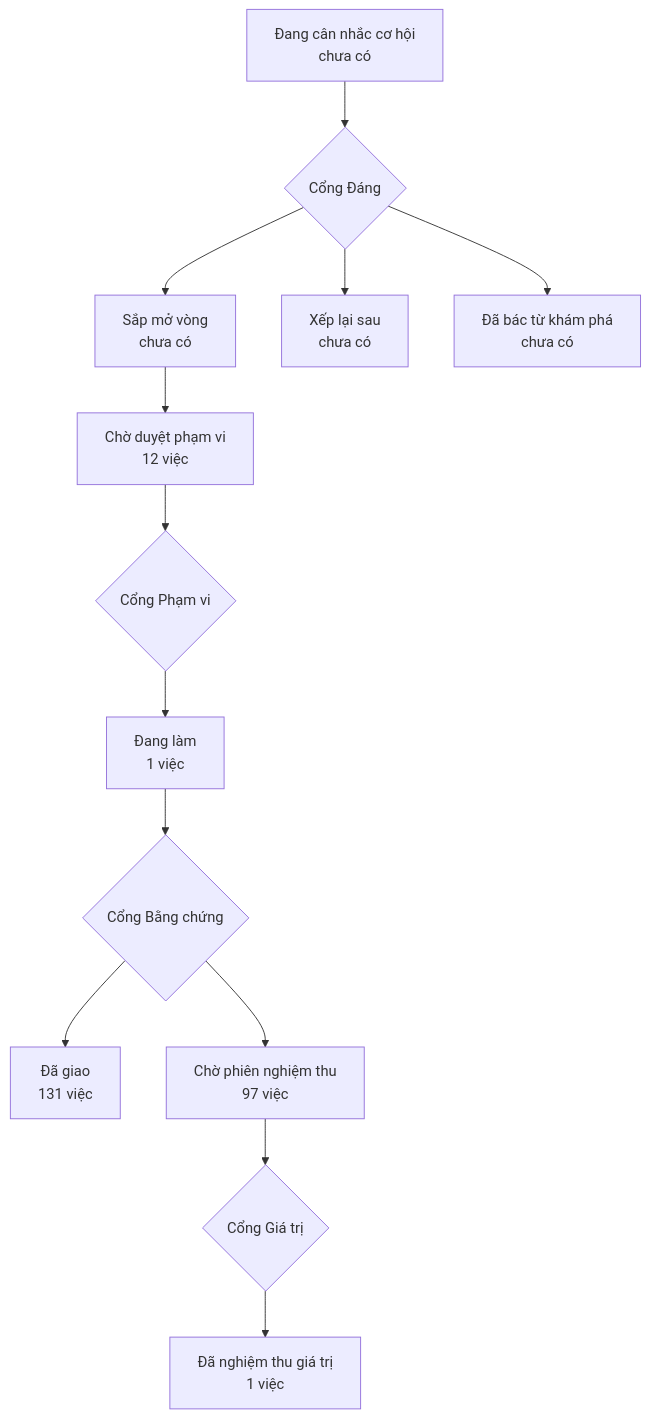
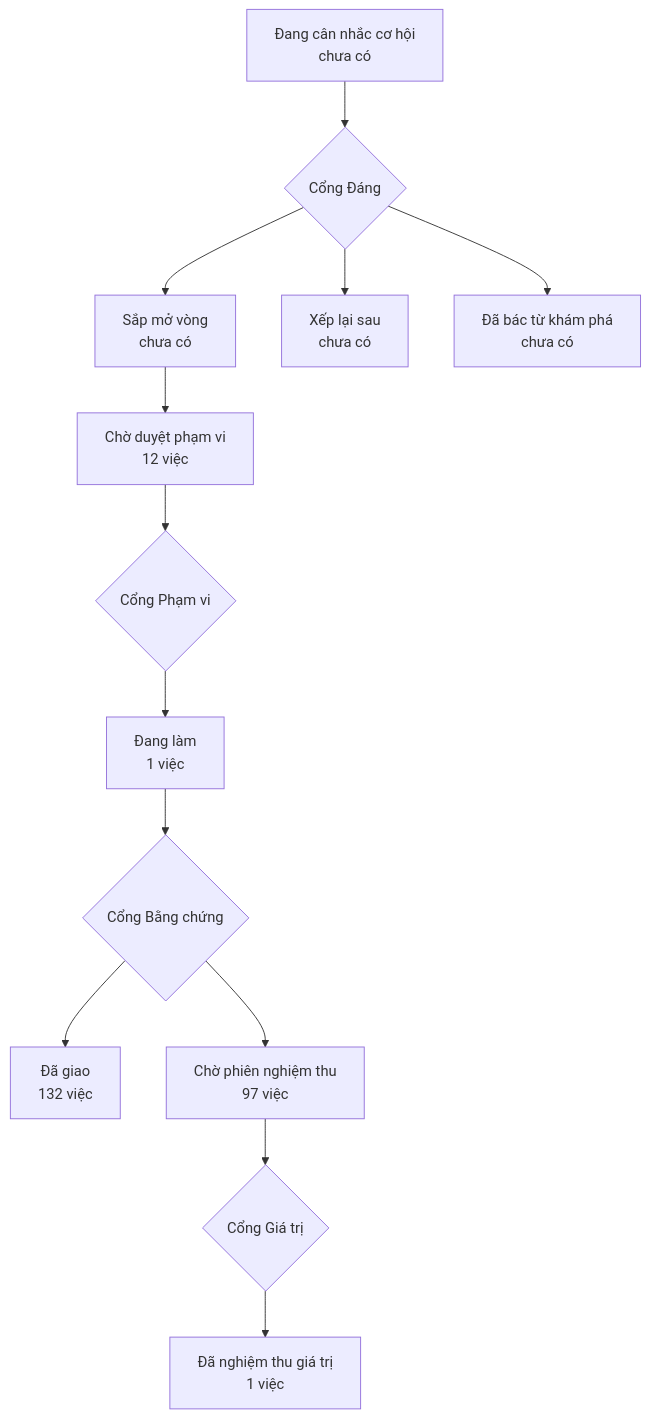
Before and after one commit to phanlemanh/onehub-invest: the diagram in PRODUCT-MAP.md, drawn with Mermaid. The commit also changed other lines of this file and 1 other file, not shown here.

Commit message:
chore(can-gia-tot-sua-ba-loi): vẽ lại bản đồ sau khi gộp main

````diff
--- a/PRODUCT-MAP.md
+++ b/PRODUCT-MAP.md
@@ -7,12 +7,12 @@
 ```mermaid
 flowchart TD
   A["Đang cân nhắc cơ hội<br/>chưa có"] --> GD{"Cổng Đáng"}
   GD --> B["Sắp mở vòng<br/>chưa có"]
   GD --> XL["Xếp lại sau<br/>chưa có"]
   GD --> DB["Đã bác từ khám phá<br/>chưa có"]
   B --> CD["Chờ duyệt phạm vi<br/>12 việc"] --> GP{"Cổng Phạm vi"}
   GP --> DL["Đang làm<br/>1 việc"] --> GB{"Cổng Bằng chứng"}
-  GB --> DG["Đã giao<br/>131 việc"]
+  GB --> DG["Đã giao<br/>132 việc"]
   GB --> CN["Chờ phiên nghiệm thu<br/>97 việc"] --> GG{"Cổng Giá trị"}
   GG --> NT["Đã nghiệm thu giá trị<br/>1 việc"]
 ```
````
